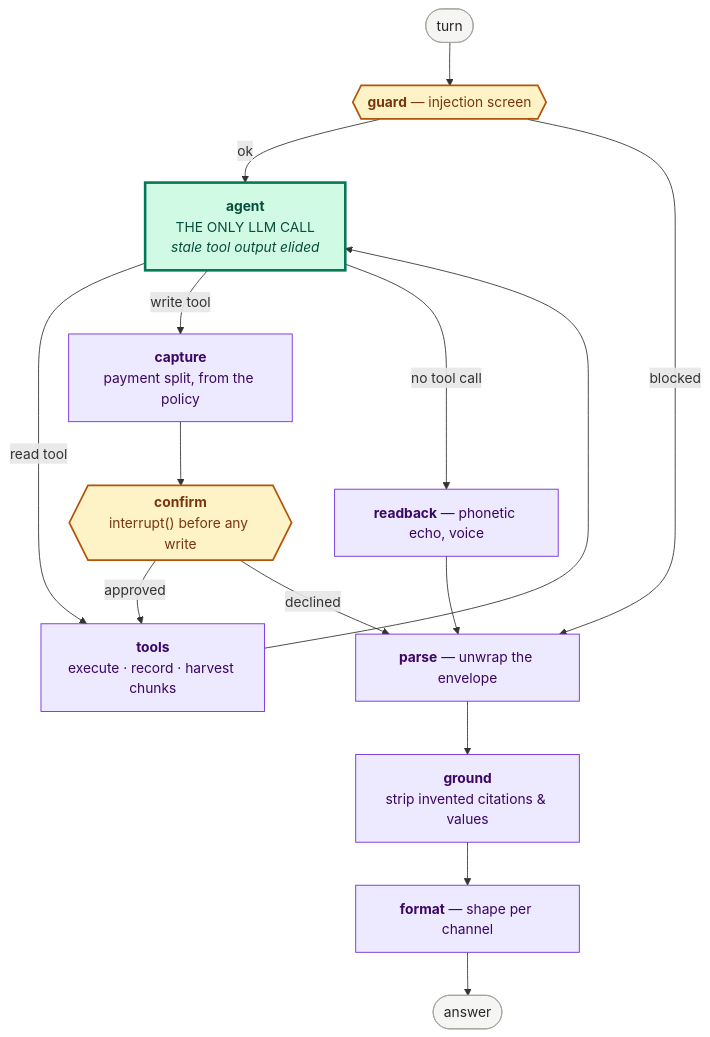
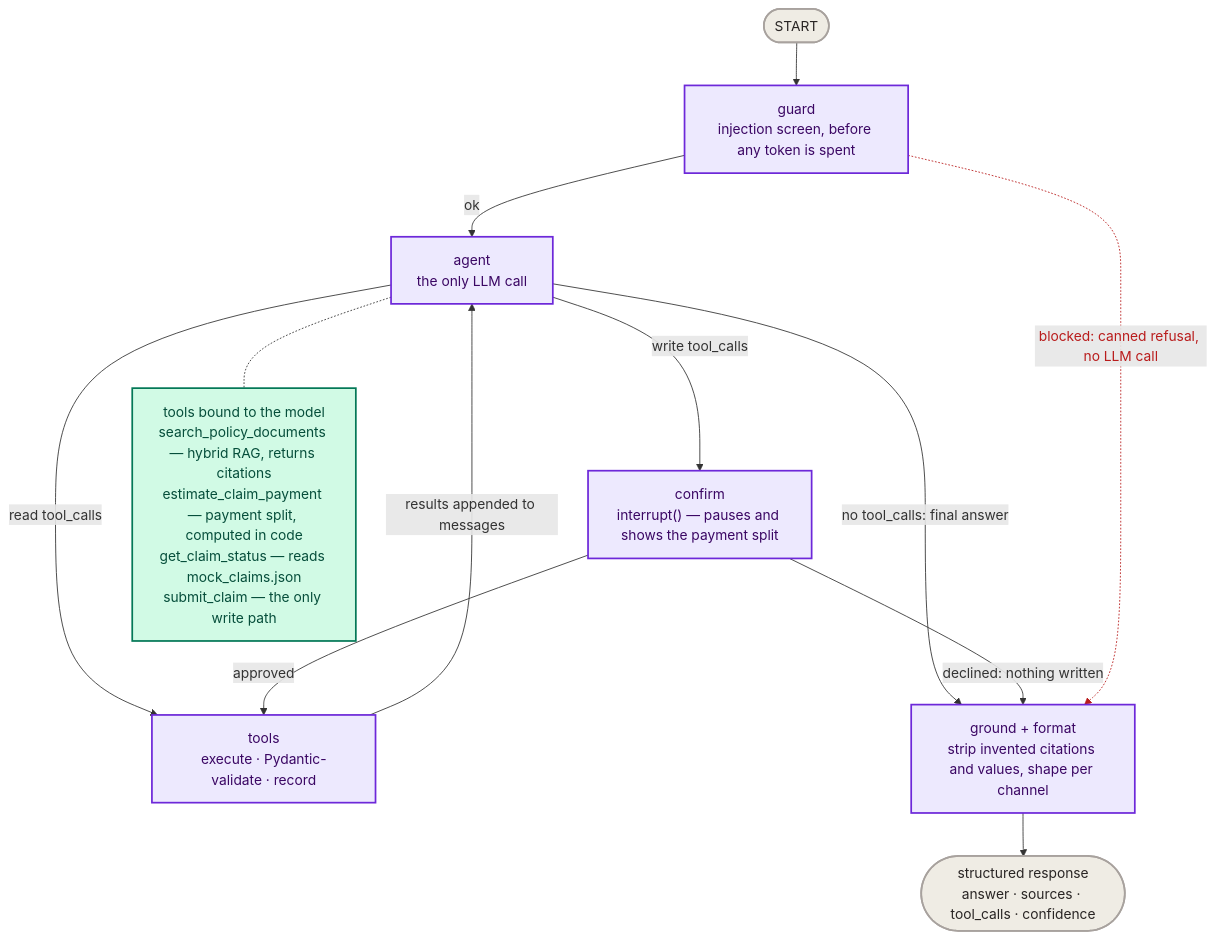
Before and after one commit to Ziadt160/omnicare-genai-assessment: the second of 2 diagrams in README.md, drawn with Mermaid. The commit also changed other lines of this file, not shown here.

````diff
--- a/README.md
+++ b/README.md
@@ -86,35 +101,30 @@
 ```mermaid
 flowchart TB
-  IN(["turn"]) --> GUARD
-  GUARD{{"<b>guard</b> — injection screen"}}
-  AGENT["<b>agent</b><br/>THE ONLY LLM CALL<br/><i>stale tool output elided</i>"]
-  TOOLS["<b>tools</b><br/>execute · record · harvest chunks"]
-  CAPTURE["<b>capture</b><br/>payment split, from the policy"]
-  CONFIRM{{"<b>confirm</b><br/>interrupt() before any write"}}
-  READBACK["<b>readback</b> — phonetic echo, voice"]
-  PARSE["<b>parse</b> — unwrap the envelope"]
-  GROUND["<b>ground</b><br/>strip invented citations & values"]
-  FORMAT["<b>format</b> — shape per channel"]
-  OUT(["answer"])
+  START([START]) --> GUARD
+  GUARD["guard<br/>injection screen, before any token is spent"]
+  AGENT["agent<br/>the only LLM call"]
+  TOOLS["tools<br/>execute · Pydantic-validate · record"]
+  CONFIRM["confirm<br/>interrupt() — pauses and shows the payment split"]
+  POST["ground + format<br/>strip invented citations and values, shape per channel"]
+  OUT(["structured response<br/>answer · sources · tool_calls · confidence"])
+  BOX["tools bound to the model<br/>search_policy_documents — hybrid RAG, returns citations<br/>estimate_claim_payment — payment split, computed in code<br/>get_claim_status — reads mock_claims.json<br/>submit_claim — the only write path"]
 
-  GUARD -- "ok" --> AGENT
-  AGENT -- "read tool" --> TOOLS
-  AGENT -- "write tool" --> CAPTURE
-  TOOLS --> AGENT
-  CAPTURE --> CONFIRM
-  CONFIRM -- "approved" --> TOOLS
-  AGENT -- "no tool call" --> READBACK
-  READBACK --> PARSE
-  GUARD -- "blocked" --> PARSE
-  CONFIRM -- "declined" --> PARSE
-  PARSE --> GROUND --> FORMAT --> OUT
+  GUARD -- ok --> AGENT
+  AGENT -- "read tool_calls" --> TOOLS
+  TOOLS -- "results appended to messages" --> AGENT
+  AGENT -- "write tool_calls" --> CONFIRM
+  CONFIRM -- approved --> TOOLS
+  AGENT -- "no tool_calls: final answer" --> POST
+  CONFIRM -- "declined: nothing written" --> POST
+  GUARD -. "blocked: canned refusal, no LLM call" .-> POST
+  POST --> OUT
+  AGENT -.- BOX
 
-  classDef llm fill:#d1fae5,stroke:#047857,stroke-width:3px,color:#064e3b
-  classDef det fill:#ede9fe,stroke:#6d28d9,color:#3b0764
-  classDef gate fill:#fef3c7,stroke:#b45309,stroke-width:2px,color:#78350f
-  classDef term fill:#f5f5f4,stroke:#a8a29e,color:#292524
-  class AGENT llm
-  class TOOLS,CAPTURE,READBACK,PARSE,GROUND,FORMAT det
-  class GUARD,CONFIRM gate
-  class IN,OUT term
+  classDef node fill:#ede9fe,stroke:#6d28d9,stroke-width:2px,color:#3b0764
+  classDef term fill:#efece4,stroke:#a8a29e,color:#292524
+  classDef tool fill:#d1fae5,stroke:#047857,stroke-width:2px,color:#064e3b
+  class GUARD,AGENT,TOOLS,CONFIRM,POST node
+  class START,OUT term
+  class BOX tool
+  linkStyle 8 stroke:#b91c1c,color:#b91c1c
 ```
````
